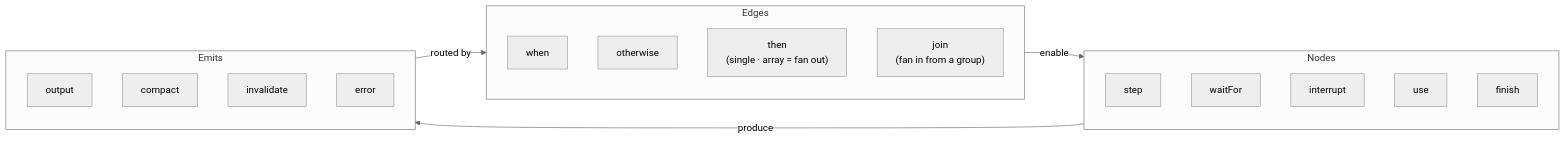
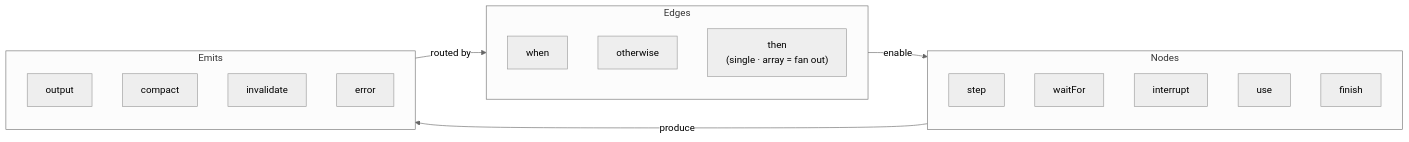
The second of 6 diagrams in docs/reference.md (nicolaei/behalf), drawn with Mermaid (neutral theme) before and after one commit. The commit also changed other lines of this file and 3 other files, not shown here.

````diff
--- a/docs/reference.md
+++ b/docs/reference.md
@@ -43,25 +43,24 @@
 ```mermaid
 flowchart LR
   subgraph Nodes
     Step["step"]
     Wait["waitFor"]
     Interrupt["interrupt"]
     Use["use"]
     Finish["finish"]
   end
   subgraph Edges
     When["when"]
     Otherwise["otherwise"]
     Then["then<br/>(single · array = fan out)"]
-    Join["join<br/>(fan in from a group)"]
   end
   subgraph Emits
     Output["output"]
     Compact["compact"]
     Invalidate["invalidate"]
     Error["error"]
   end
   Nodes -->|"produce"| Emits
   Emits -->|"routed by"| Edges
   Edges -->|"enable"| Nodes
 ```
````
